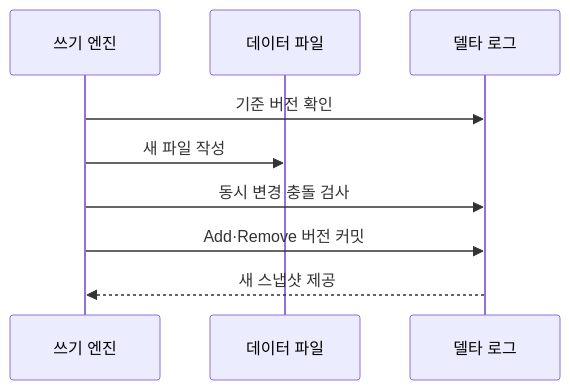
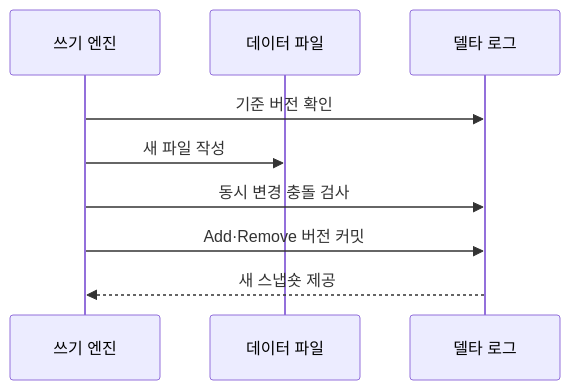
Before and after one commit to agnusdei1207/knowledge-base: the second of 2 diagrams in src/content/docs/notes/03-software/127_delta_lake.md, drawn with Mermaid. The commit also changed other lines of this file and 7 other files, not shown here.

````diff
--- a/src/content/docs/notes/03-software/127_delta_lake.md
+++ b/src/content/docs/notes/03-software/127_delta_lake.md
@@ -82,11 +81,11 @@
 ```mermaid
 sequenceDiagram
     participant E as 쓰기 엔진
     participant D as 데이터 파일
     participant L as 델타 로그
     E->>L: 기준 버전 확인
     E->>D: 새 파일 작성
     E->>L: 동시 변경 충돌 검사
     E->>L: Add·Remove 버전 커밋
-    L-->>E: 새 스냅샷 제공
+    L-->>E: 새 스냅숏 제공
 ```
````
